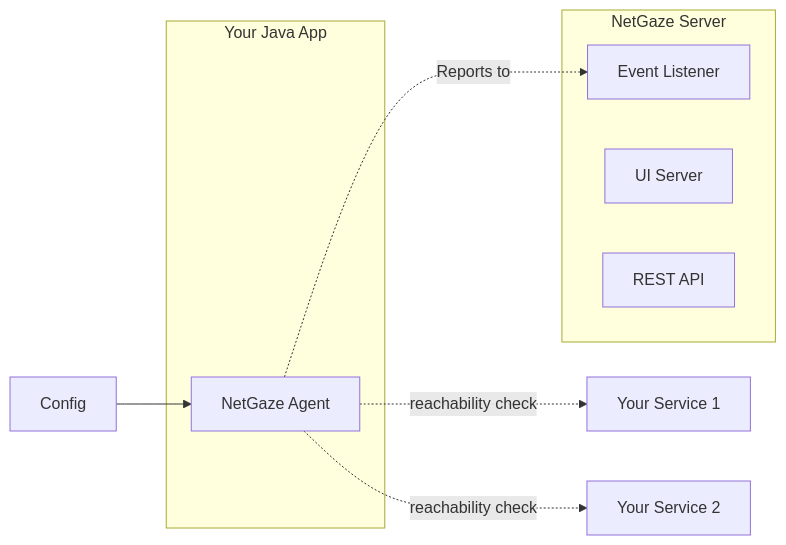
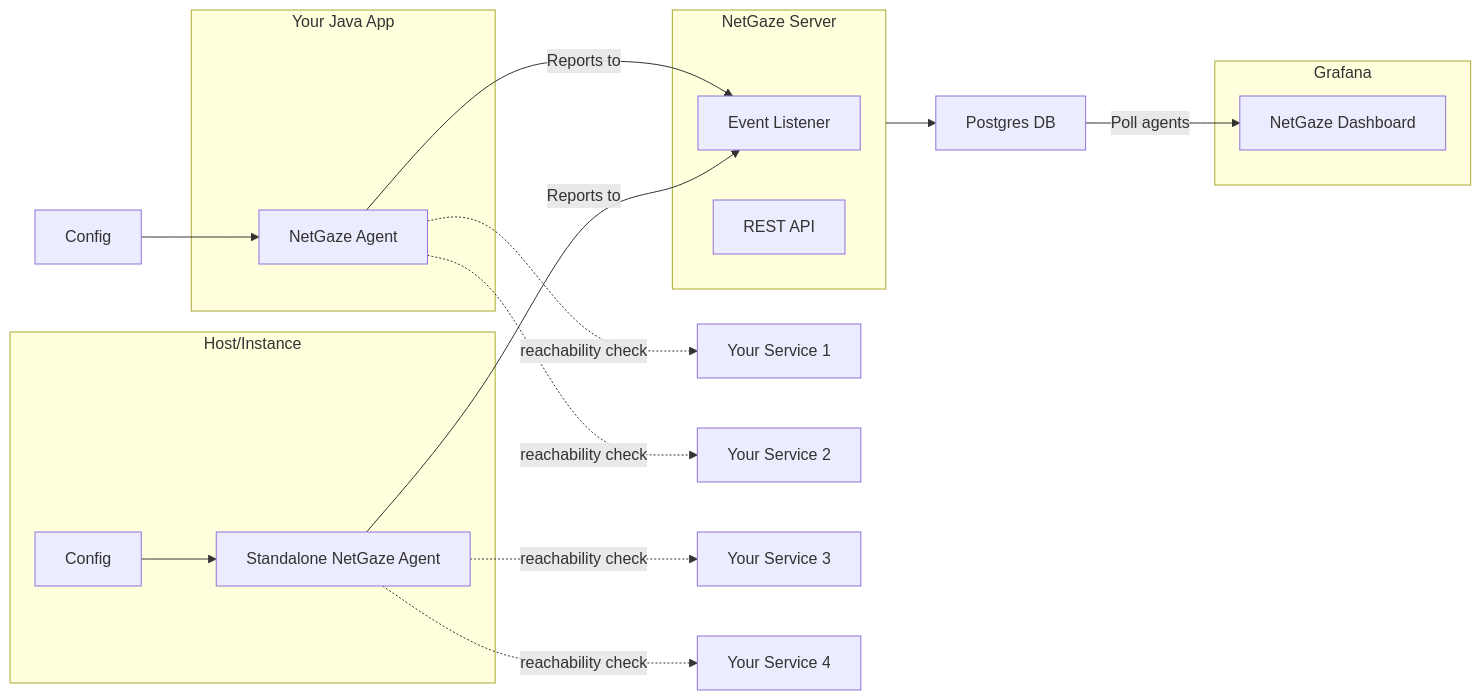
One commit to NetGaze/NetGaze changed the diagram in README.md. Above: the diagram before and after it, drawn with Mermaid.

````diff
--- a/README.md
+++ b/README.md
@@ -18,21 +18,38 @@
 ```mermaid
 flowchart LR
-    cfg["Config"]
-    lib["NetGaze Agent"]
-    svc1["Your Service 1"]
-    svc2["Your Service 2"]
-    lib -. reachability check .-> svc1
-    lib -. reachability check .-> svc2
-    lib -. Reports to .-> listener
+  db["Postgres DB"]
+  cfg1["Config"]
+  cfg2["Config"]
+  lib1["NetGaze Agent"]
+  lib2["Standalone NetGaze Agent"]
+  svc1["Your Service 1"]
+  svc2["Your Service 2"]
+  svc3["Your Service 3"]
+  svc4["Your Service 4"]
+  lib1 -. reachability check .-> svc1
+  lib1 -. reachability check .-> svc2
+  lib1 -- Reports to --> listener
+  lib2 -. reachability check .-> svc3
+  lib2 -. reachability check .-> svc4
+  lib2 -- Reports to --> listener
 
-    subgraph app["Your Java App"]
-        lib
-    end
-    subgraph server["NetGaze Server"]
-        ui["UI Server"]
-        rest["REST API"]
-        listener["Event Listener"]
-    end
+  subgraph app["Your Java App"]
+    lib1
+  end
+  subgraph sa_agent["Host/Instance"]
+    lib2
+    cfg2 --> lib2
+  end
+  subgraph server["NetGaze Server"]
+    rest["REST API"]
+    listener["Event Listener"]
+  end
 
-    cfg --> lib
+  subgraph grafana["Grafana"]
+    dash["NetGaze Dashboard"]
+  end
+
+  cfg1 --> lib1
+  server --> db
+  db -- Poll agents --> dash
 ```
````
